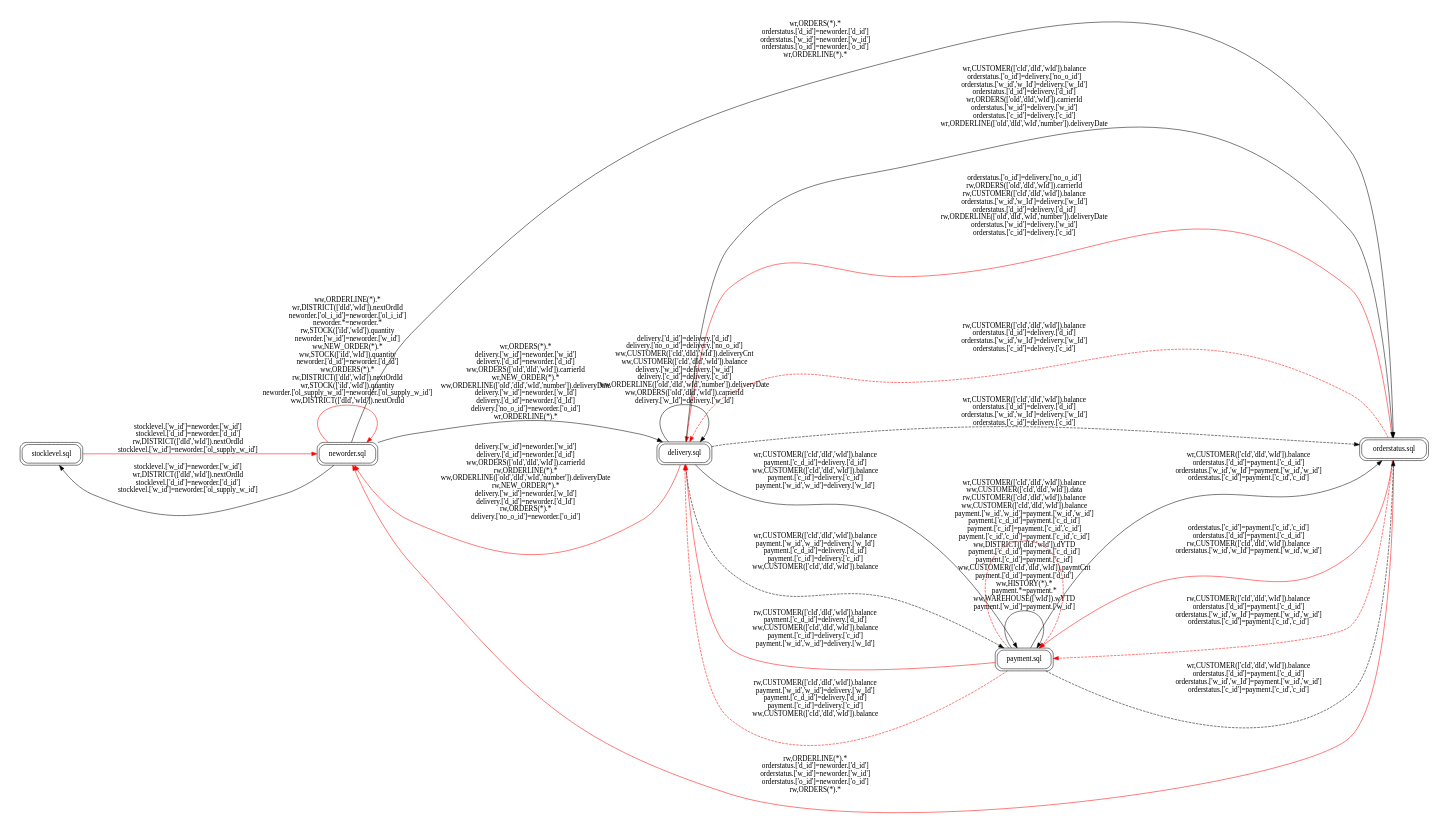
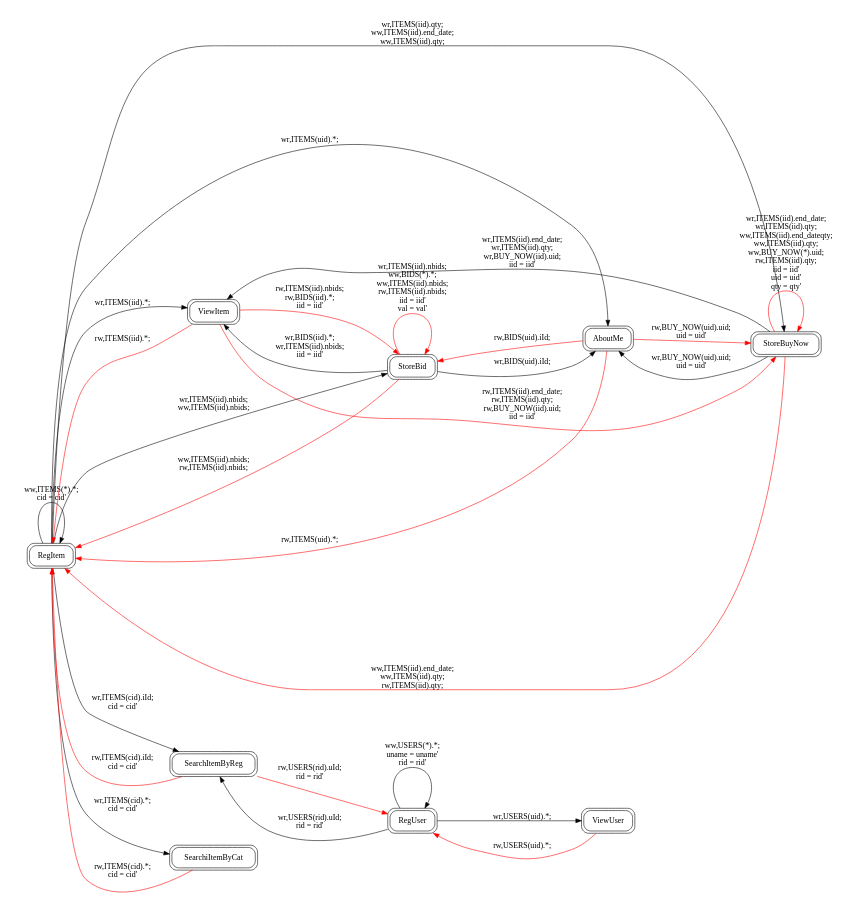
The diagram in development/Application/src/graph.dot (Paul-Tra/PLONG-SQL-Dependencies), drawn with Graphviz before and after one commit. The commit also changed 15 other files, not shown here.

```diff
--- a/development/Application/src/graph.dot
+++ b/development/Application/src/graph.dot
@@ -1,144 +1,74 @@
 digraph G{
 	rankdir=LR
 	size="8,5"
 	nodesep=1.0
 	node[shape=box style=rounded peripheries=2]
-"stocklevel.sql"->"neworder.sql"[ label = "stocklevel.['w_id']=neworder.['w_id']
-	stocklevel.['d_id']=neworder.['d_id']
-	rw,DISTRICT(['dId','wId']).nextOrdId
-	stocklevel.['w_id']=neworder.['ol_supply_w_id']", style = solid, color = red ]
-"neworder.sql"->"stocklevel.sql"[ label = "stocklevel.['w_id']=neworder.['w_id']
-	wr,DISTRICT(['dId','wId']).nextOrdId
-	stocklevel.['d_id']=neworder.['d_id']
-	stocklevel.['w_id']=neworder.['ol_supply_w_id']", style = solid, color = black ]
-"orderstatus.sql"->"neworder.sql"[ label = "rw,ORDERLINE(*).*
-	orderstatus.['d_id']=neworder.['d_id']
-	orderstatus.['w_id']=neworder.['w_id']
-	orderstatus.['o_id']=neworder.['o_id']
-	rw,ORDERS(*).*", style = solid, color = red ]
-"neworder.sql"->"orderstatus.sql"[ label = "wr,ORDERS(*).*
-	orderstatus.['d_id']=neworder.['d_id']
-	orderstatus.['w_id']=neworder.['w_id']
-	orderstatus.['o_id']=neworder.['o_id']
-	wr,ORDERLINE(*).*", style = solid, color = black ]
-"orderstatus.sql"->"delivery.sql"[ label = "orderstatus.['o_id']=delivery.['no_o_id']
-	rw,ORDERS(['oId','dId','wId']).carrierId
-	rw,CUSTOMER(['cId','dId','wId']).balance
-	orderstatus.['w_id','w_Id']=delivery.['w_Id']
-	orderstatus.['d_id']=delivery.['d_id']
-	rw,ORDERLINE(['oId','dId','wId','number']).deliveryDate
-	orderstatus.['w_id']=delivery.['w_id']
-	orderstatus.['c_id']=delivery.['c_id']", style = solid, color = red ]
-"delivery.sql"->"orderstatus.sql"[ label = "wr,CUSTOMER(['cId','dId','wId']).balance
-	orderstatus.['o_id']=delivery.['no_o_id']
-	orderstatus.['w_id','w_Id']=delivery.['w_Id']
-	orderstatus.['d_id']=delivery.['d_id']
-	wr,ORDERS(['oId','dId','wId']).carrierId
-	orderstatus.['w_id']=delivery.['w_id']
-	orderstatus.['c_id']=delivery.['c_id']
-	wr,ORDERLINE(['oId','dId','wId','number']).deliveryDate", style = solid, color = black ]
-"payment.sql"->"orderstatus.sql"[ label = "wr,CUSTOMER(['cId','dId','wId']).balance
-	orderstatus.['d_id']=payment.['c_d_id']
-	orderstatus.['w_id','w_Id']=payment.['w_id','w_id']
-	orderstatus.['c_id']=payment.['c_id','c_id']", style = solid, color = black ]
-"neworder.sql"->"neworder.sql"[ label = "ww,ORDERLINE(*).*
-	wr,DISTRICT(['dId','wId']).nextOrdId
-	neworder.['ol_i_id']=neworder.['ol_i_id']
-	neworder.*=neworder.*
-	rw,STOCK(['iId','wId']).quantity
-	neworder.['w_id']=neworder.['w_id']
-	ww,NEW_ORDER(*).*
-	ww,STOCK(['iId','wId']).quantity
-	neworder.['d_id']=neworder.['d_id']
-	ww,ORDERS(*).*
-	rw,DISTRICT(['dId','wId']).nextOrdId
-	wr,STOCK(['iId','wId']).quantity
-	neworder.['ol_supply_w_id']=neworder.['ol_supply_w_id']
-	ww,DISTRICT(['dId','wId']).nextOrdId", style = solid, color = red ]
-"neworder.sql"->"delivery.sql"[ label = "wr,ORDERS(*).*
-	delivery.['w_id']=neworder.['w_id']
-	delivery.['d_id']=neworder.['d_id']
-	ww,ORDERS(['oId','dId','wId']).carrierId
-	wr,NEW_ORDER(*).*
-	ww,ORDERLINE(['oId','dId','wId','number']).deliveryDate
-	delivery.['w_id']=neworder.['w_Id']
-	delivery.['d_id']=neworder.['d_Id']
-	delivery.['no_o_id']=neworder.['o_id']
-	wr,ORDERLINE(*).*", style = solid, color = black ]
-"delivery.sql"->"neworder.sql"[ label = "delivery.['w_id']=neworder.['w_id']
-	delivery.['d_id']=neworder.['d_id']
-	ww,ORDERS(['oId','dId','wId']).carrierId
-	rw,ORDERLINE(*).*
-	ww,ORDERLINE(['oId','dId','wId','number']).deliveryDate
-	rw,NEW_ORDER(*).*
-	delivery.['w_id']=neworder.['w_Id']
-	delivery.['d_id']=neworder.['d_Id']
-	rw,ORDERS(*).*
-	delivery.['no_o_id']=neworder.['o_id']", style = solid, color = red ]
-"delivery.sql"->"delivery.sql"[ label = "delivery.['d_id']=delivery.['d_id']
-	delivery.['no_o_id']=delivery.['no_o_id']
-	ww,CUSTOMER(['cId','dId','wId']).deliveryCnt
-	ww,CUSTOMER(['cId','dId','wId']).balance
-	delivery.['w_id']=delivery.['w_id']
-	delivery.['c_id']=delivery.['c_id']
-	ww,ORDERLINE(['oId','dId','wId','number']).deliveryDate
-	ww,ORDERS(['oId','dId','wId']).carrierId
-	delivery.['w_Id']=delivery.['w_Id']", style = solid, color = black ]
-"delivery.sql"->"payment.sql"[ label = "wr,CUSTOMER(['cId','dId','wId']).balance
-	payment.['c_d_id']=delivery.['d_id']
-	ww,CUSTOMER(['cId','dId','wId']).balance
-	payment.['c_id']=delivery.['c_id']
-	payment.['w_id','w_id']=delivery.['w_Id']", style = solid, color = black ]
-"payment.sql"->"payment.sql"[ label = "ww,DISTRICT(['dId','wId']).dYTD
-	payment.['c_d_id']=payment.['c_d_id']
-	payment.['c_id']=payment.['c_id']
-	ww,CUSTOMER(['cId','dId','wId']).paymtCnt
-	payment.['d_id']=payment.['d_id']
-	ww,HISTORY(*).*
-	payment.*=payment.*
-	ww,WAREHOUSE(['wId']).wYTD
-	payment.['w_id']=payment.['w_id']", style = solid, color = black ]
-"orderstatus.sql"->"payment.sql"[ label = "orderstatus.['c_id']=payment.['c_id','c_id']
-	orderstatus.['d_id']=payment.['c_d_id']
-	rw,CUSTOMER(['cId','dId','wId']).balance
-	orderstatus.['w_id','w_Id']=payment.['w_id','w_id']", style = solid, color = red ]
-"payment.sql"->"delivery.sql"[ label = "rw,CUSTOMER(['cId','dId','wId']).balance
-	payment.['c_d_id']=delivery.['d_id']
-	ww,CUSTOMER(['cId','dId','wId']).balance
-	payment.['c_id']=delivery.['c_id']
-	payment.['w_id','w_id']=delivery.['w_Id']", style = solid, color = red ]
-"orderstatus.sql"->"delivery.sql"[ label = "rw,CUSTOMER(['cId','dId','wId']).balance
-	orderstatus.['d_id']=delivery.['d_id']
-	orderstatus.['w_id','w_Id']=delivery.['w_Id']
-	orderstatus.['c_id']=delivery.['c_id']", style = dashed, color = red ]
-"orderstatus.sql"->"payment.sql"[ label = "rw,CUSTOMER(['cId','dId','wId']).balance
-	orderstatus.['d_id']=payment.['c_d_id']
-	orderstatus.['w_id','w_Id']=payment.['w_id','w_id']
-	orderstatus.['c_id']=payment.['c_id','c_id']", style = dashed, color = red ]
-"payment.sql"->"delivery.sql"[ label = "rw,CUSTOMER(['cId','dId','wId']).balance
-	payment.['w_id','w_id']=delivery.['w_Id']
-	payment.['c_d_id']=delivery.['d_id']
-	payment.['c_id']=delivery.['c_id']
-	ww,CUSTOMER(['cId','dId','wId']).balance", style = dashed, color = red ]
-"payment.sql"->"payment.sql"[ label = "wr,CUSTOMER(['cId','dId','wId']).balance
-	ww,CUSTOMER(['cId','dId','wId']).data
-	rw,CUSTOMER(['cId','dId','wId']).balance
-	ww,CUSTOMER(['cId','dId','wId']).balance
-	payment.['w_id','w_id']=payment.['w_id','w_id']
-	payment.['c_d_id']=payment.['c_d_id']
-	payment.['c_id']=payment.['c_id','c_id']
-	payment.['c_id','c_id']=payment.['c_id','c_id']", style = dashed, color = red ]
-"delivery.sql"->"orderstatus.sql"[ label = "wr,CUSTOMER(['cId','dId','wId']).balance
-	orderstatus.['d_id']=delivery.['d_id']
-	orderstatus.['w_id','w_Id']=delivery.['w_Id']
-	orderstatus.['c_id']=delivery.['c_id']", style = dashed, color = black ]
-"payment.sql"->"orderstatus.sql"[ label = "wr,CUSTOMER(['cId','dId','wId']).balance
-	orderstatus.['d_id']=payment.['c_d_id']
-	orderstatus.['w_id','w_Id']=payment.['w_id','w_id']
-	orderstatus.['c_id']=payment.['c_id','c_id']", style = dashed, color = black ]
-"delivery.sql"->"payment.sql"[ label = "wr,CUSTOMER(['cId','dId','wId']).balance
-	payment.['w_id','w_id']=delivery.['w_Id']
-	payment.['c_d_id']=delivery.['d_id']
-	payment.['c_id']=delivery.['c_id']
-	ww,CUSTOMER(['cId','dId','wId']).balance", style = dashed, color = black ]
+"RegItem"->"RegItem"[ label = "ww,ITEMS(*).*;
+cid = cid'", style = solid, color = black ]
+"RegItem"->"ViewItem"[ label = "wr,ITEMS(iid).*;", style = solid, color = black ]
+"RegItem"->"AboutMe"[ label = "wr,ITEMS(uid).*;", style = solid, color = black ]
+"RegItem"->"SearchItemByReg"[ label = "wr,ITEMS(cid).iId;
+cid = cid'", style = solid, color = black ]
+"RegItem"->"StoreBuyNow"[ label = "wr,ITEMS(iid).qty;
+ww,ITEMS(iid).end_date;
+ww,ITEMS(iid).qty;", style = solid, color = black ]
+"RegItem"->"SearchiItemByCat"[ label = "wr,ITEMS(cid).*;
+cid = cid'", style = solid, color = black ]
+"RegItem"->"StoreBid"[ label = "wr,ITEMS(iid).nbids;
+ww,ITEMS(iid).nbids;", style = solid, color = black ]
+"ViewUser"->"RegUser"[ label = "rw,USERS(uid).*;", style = solid, color = red ]
+"RegUser"->"ViewUser"[ label = "wr,USERS(uid).*;", style = solid, color = black ]
+"RegUser"->"RegUser"[ label = "ww,USERS(*).*;
+uname = uname'
+rid = rid'", style = solid, color = black ]
+"RegUser"->"SearchItemByReg"[ label = "wr,USERS(rid).uId;
+rid = rid'", style = solid, color = black ]
+"ViewItem"->"RegItem"[ label = "rw,ITEMS(iid).*;", style = solid, color = red ]
+"ViewItem"->"StoreBuyNow"[ label = "rw,ITEMS(iid).end_date;
+rw,ITEMS(iid).qty;
+rw,BUY_NOW(iid).uid;
+iid = iid'", style = solid, color = red ]
+"ViewItem"->"StoreBid"[ label = "rw,ITEMS(iid).nbids;
+rw,BIDS(iid).*;
+iid = iid'", style = solid, color = red ]
+"AboutMe"->"RegItem"[ label = "rw,ITEMS(uid).*;", style = solid, color = red ]
+"AboutMe"->"StoreBuyNow"[ label = "rw,BUY_NOW(uid).uid;
+uid = uid'", style = solid, color = red ]
+"AboutMe"->"StoreBid"[ label = "rw,BIDS(uid).iId;", style = solid, color = red ]
+"SearchItemByReg"->"RegItem"[ label = "rw,ITEMS(cid).iId;
+cid = cid'", style = solid, color = red ]
+"SearchItemByReg"->"RegUser"[ label = "rw,USERS(rid).uId;
+rid = rid'", style = solid, color = red ]
+"StoreBuyNow"->"RegItem"[ label = "ww,ITEMS(iid).end_date;
+ww,ITEMS(iid).qty;
+rw,ITEMS(iid).qty;", style = solid, color = red ]
+"StoreBuyNow"->"ViewItem"[ label = "wr,ITEMS(iid).end_date;
+wr,ITEMS(iid).qty;
+wr,BUY_NOW(iid).uid;
+iid = iid'", style = solid, color = black ]
+"StoreBuyNow"->"AboutMe"[ label = "wr,BUY_NOW(uid).uid;
+uid = uid'", style = solid, color = black ]
+"StoreBuyNow"->"StoreBuyNow"[ label = "wr,ITEMS(iid).end_date;
+wr,ITEMS(iid).qty;
+ww,ITEMS(iid).end_dateqty;
+ww,ITEMS(iid).qty;
+ww,BUY_NOW(*).uid;
+rw,ITEMS(iid).qty;
+iid = iid'
+uid = uid'
+qty = qty'", style = solid, color = red ]
+"SearchiItemByCat"->"RegItem"[ label = "rw,ITEMS(cid).*;
+cid = cid'", style = solid, color = red ]
+"StoreBid"->"RegItem"[ label = "ww,ITEMS(iid).nbids;
+rw,ITEMS(iid).nbids;", style = solid, color = red ]
+"StoreBid"->"ViewItem"[ label = "wr,BIDS(iid).*;
+wr,ITEMS(iid).nbids;
+iid = iid'", style = solid, color = black ]
+"StoreBid"->"AboutMe"[ label = "wr,BIDS(uid).iId;", style = solid, color = black ]
+"StoreBid"->"StoreBid"[ label = "wr,ITEMS(iid).nbids;
+ww,BIDS(*).*;
+ww,ITEMS(iid).nbids;
+rw,ITEMS(iid).nbids;
+iid = iid'
+val = val'", style = solid, color = red ]
 }
```
